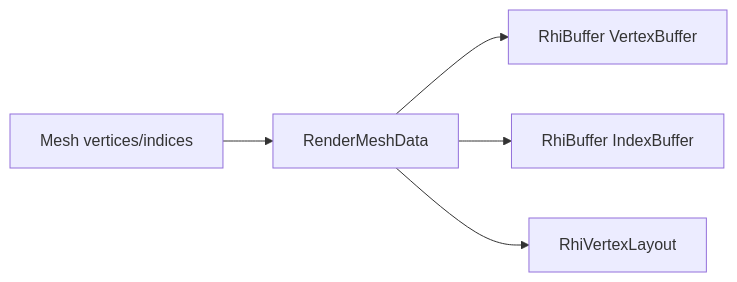
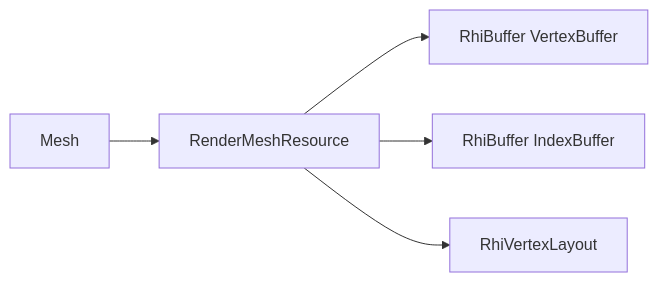
One commit to xp-Yang/XPYEngine changed the sixth of 7 diagrams in docs/资源管理.md. Above: the diagram before and after it, drawn with Mermaid. The commit also changed other lines of this file and 4 other files, not shown here.

````diff
--- a/docs/资源管理.md
+++ b/docs/资源管理.md
@@ -358,7 +298,7 @@
 ```mermaid
 flowchart LR
-    Mesh["Mesh vertices/indices"] --> RenderMeshData["RenderMeshData"]
-    RenderMeshData --> VBO["RhiBuffer VertexBuffer"]
-    RenderMeshData --> IBO["RhiBuffer IndexBuffer"]
-    RenderMeshData --> Layout["RhiVertexLayout"]
+    Mesh["Mesh"] --> RMR["RenderMeshResource"]
+    RMR --> VBO["RhiBuffer VertexBuffer"]
+    RMR --> IBO["RhiBuffer IndexBuffer"]
+    RMR --> Layout["RhiVertexLayout"]
 ```
````
